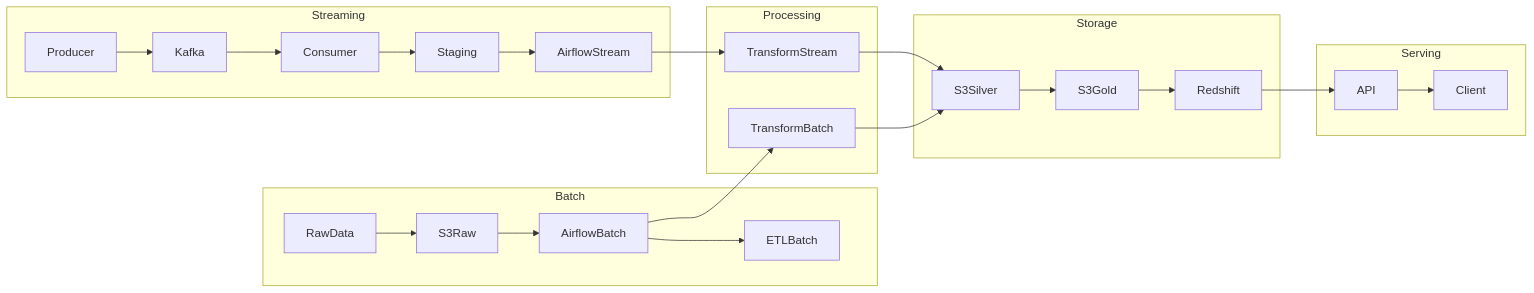
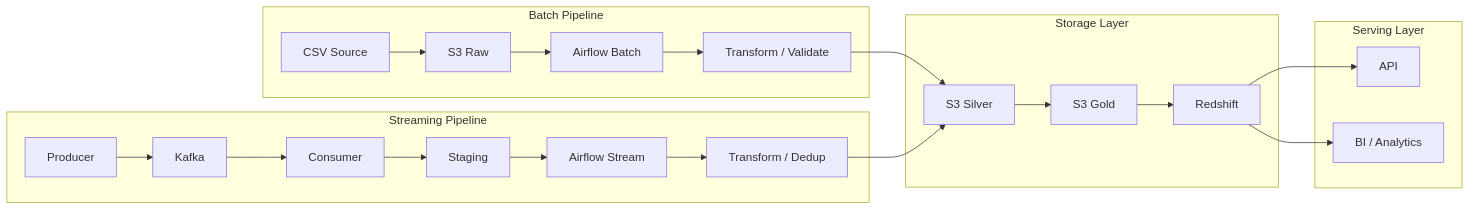
Before and after one commit to Chu-Thana/superstore-airflow-orchestration: the diagram in README.md, drawn with Mermaid. The commit also changed other lines of this file, not shown here.

First line of the commit message:
feat(readme): finalize Airflow orchestration layer documentation

````diff
--- a/README.md
+++ b/README.md
@@ -31,29 +52,29 @@
 ```mermaid
 flowchart LR
 
-subgraph Batch
-    RawData --> S3Raw --> AirflowBatch
-    AirflowBatch --> ETLBatch
+subgraph Batch["Batch Pipeline"]
+    CSV["CSV Source"] --> S3Raw["S3 Raw"]
+    S3Raw --> AirflowBatch["Airflow Batch"]
+    AirflowBatch --> BatchTransform["Transform / Validate"]
 end
 
-subgraph Streaming
-    Producer --> Kafka --> Consumer --> Staging
-    Staging --> AirflowStream
+subgraph Streaming["Streaming Pipeline"]
+    Producer["Producer"] --> Kafka["Kafka"]
+    Kafka --> Consumer["Consumer"]
+    Consumer --> Staging["Staging"]
+    Staging --> AirflowStream["Airflow Stream"]
+    AirflowStream --> StreamTransform["Transform / Dedup"]
 end
 
-subgraph Processing
-    AirflowBatch --> TransformBatch
-    AirflowStream --> TransformStream
+subgraph Storage["Storage Layer"]
+    BatchTransform --> Silver["S3 Silver"]
+    StreamTransform --> Silver
+    Silver --> Gold["S3 Gold"]
+    Gold --> Redshift["Redshift"]
 end
 
-subgraph Storage
-    TransformBatch --> S3Silver
-    TransformStream --> S3Silver
-    S3Silver --> S3Gold
-    S3Gold --> Redshift
-end
-
-subgraph Serving
-    Redshift --> API --> Client
+subgraph Serving["Serving Layer"]
+    Redshift --> API["API"]
+    Redshift --> BI["BI / Analytics"]
 end
 ```
````
